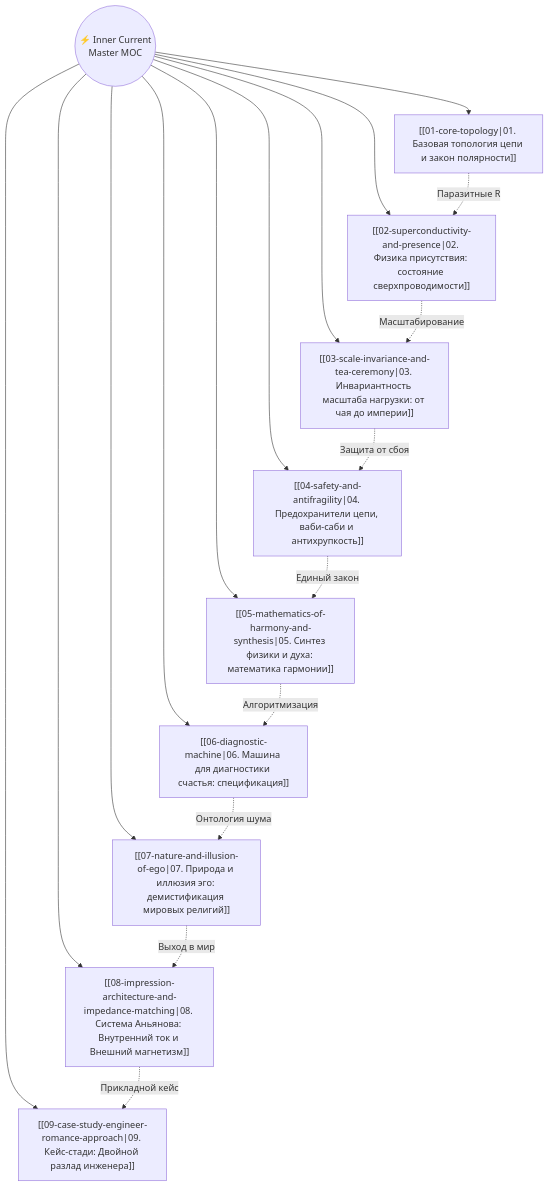
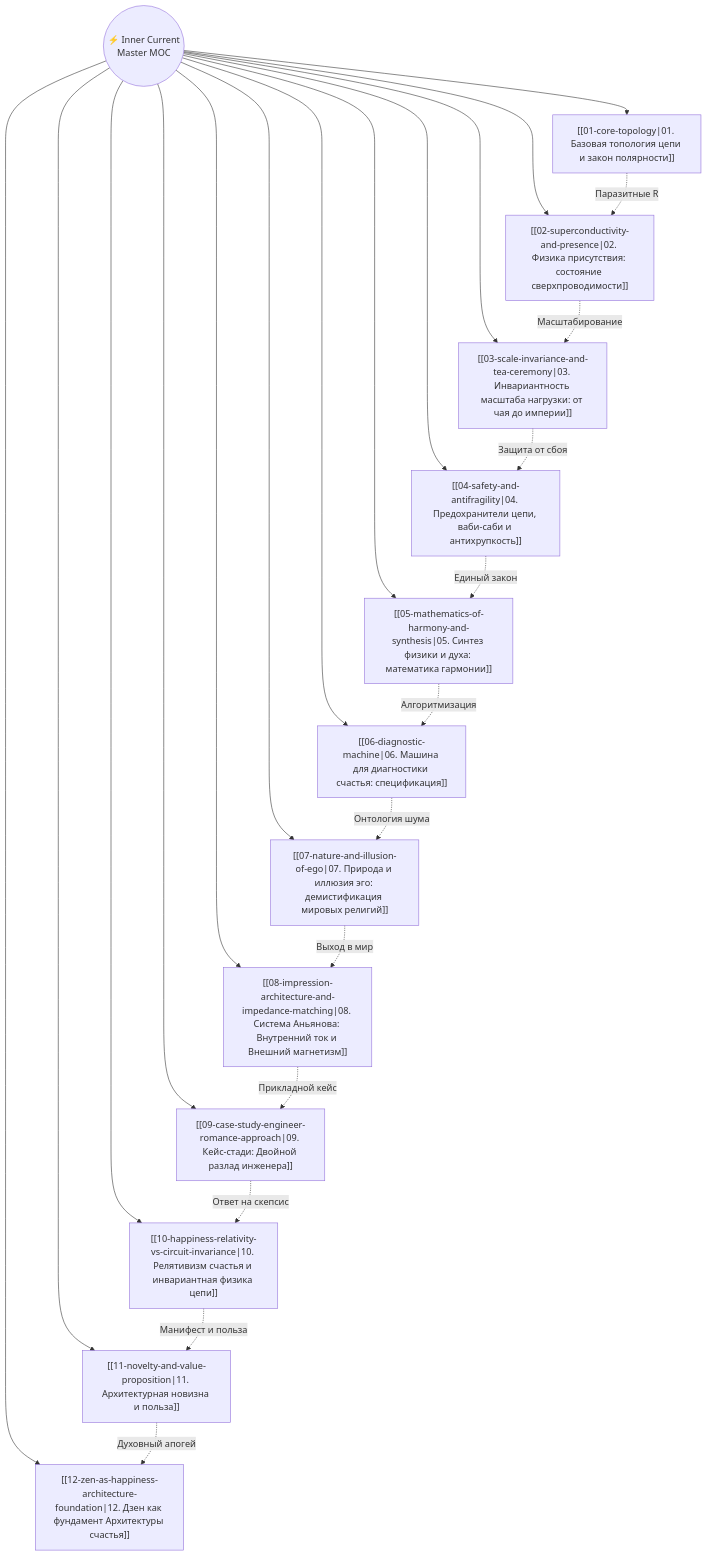
One commit to vsanyanov-ux/inner-current changed the first of 2 diagrams in Inner Current - MOC.md. Above: the diagram before and after it, drawn with Mermaid. The commit also changed other lines of this file and 16 other files, not shown here.

Commit message:
feat(release): v1.2.0 - Zen Engineering & Pain-First Happiness Architecture

````diff
--- a/Inner Current - MOC.md
+++ b/Inner Current - MOC.md
@@ -40,33 +43,42 @@
 ```mermaid
 flowchart TD
     MOC(("⚡ Inner Current<br/>Master MOC"))
 
     N1["[[01-core-topology|01. Базовая топология цепи и закон полярности]]"]
     N2["[[02-superconductivity-and-presence|02. Физика присутствия: состояние сверхпроводимости]]"]
     N3["[[03-scale-invariance-and-tea-ceremony|03. Инвариантность масштаба нагрузки: от чая до империи]]"]
     N4["[[04-safety-and-antifragility|04. Предохранители цепи, ваби-саби и антихрупкость]]"]
     N5["[[05-mathematics-of-harmony-and-synthesis|05. Синтез физики и духа: математика гармонии]]"]
     N6["[[06-diagnostic-machine|06. Машина для диагностики счастья: спецификация]]"]
     N7["[[07-nature-and-illusion-of-ego|07. Природа и иллюзия эго: демистификация мировых религий]]"]
     N8["[[08-impression-architecture-and-impedance-matching|08. Система Аньянова: Внутренний ток и Внешний магнетизм]]"]
     N9["[[09-case-study-engineer-romance-approach|09. Кейс-стади: Двойной разлад инженера]]"]
+    N10["[[10-happiness-relativity-vs-circuit-invariance|10. Релятивизм счастья и инвариантная физика цепи]]"]
+    N11["[[11-novelty-and-value-proposition|11. Архитектурная новизна и польза]]"]
+    N12["[[12-zen-as-happiness-architecture-foundation|12. Дзен как фундамент Архитектуры счастья]]"]
 
     MOC --> N1
     MOC --> N2
     MOC --> N3
     MOC --> N4
     MOC --> N5
     MOC --> N6
     MOC --> N7
     MOC --> N8
     MOC --> N9
+    MOC --> N10
+    MOC --> N11
+    MOC --> N12
 
     N1 -.->|"Паразитные R"| N2
     N2 -.->|"Масштабирование"| N3
     N3 -.->|"Защита от сбоя"| N4
     N4 -.->|"Единый закон"| N5
     N5 -.->|"Алгоритмизация"| N6
     N6 -.->|"Онтология шума"| N7
     N7 -.->|"Выход в мир"| N8
     N8 -.->|"Прикладной кейс"| N9
+    N9 -.->|"Ответ на скепсис"| N10
+    N10 -.->|"Манифест и польза"| N11
+    N11 -.->|"Духовный апогей"| N12
 ```
````
